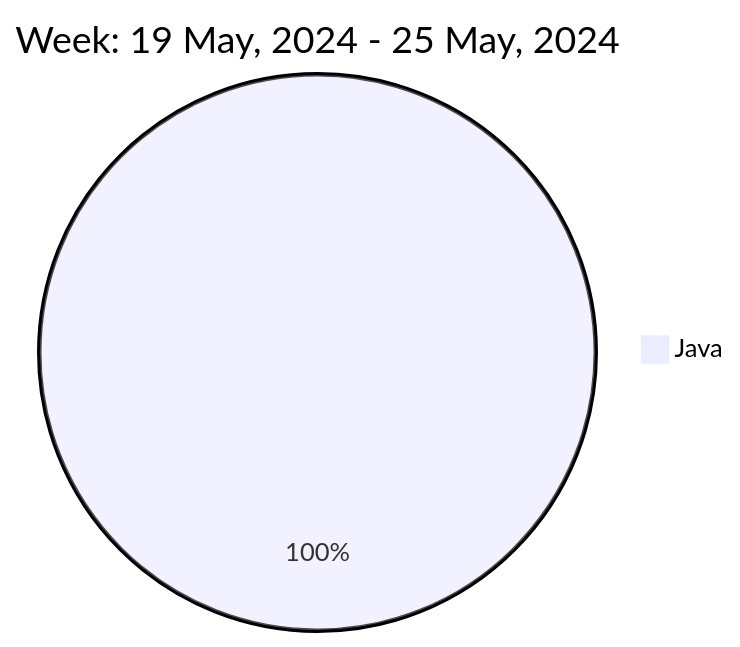
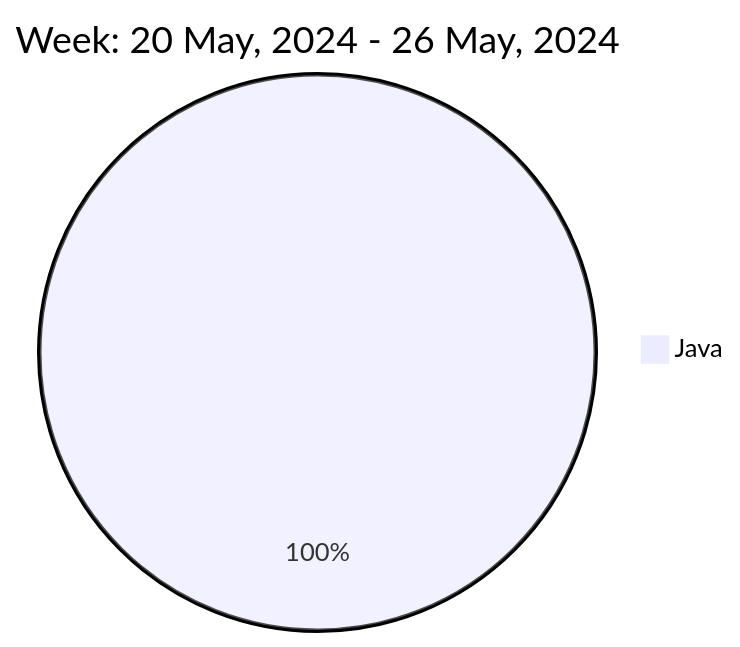
One commit to liubin95/liubin95 changed the diagram in README.md. Above: the diagram before and after it, drawn with Mermaid.

Commit message:
Updated the Graph with new Metrics

````diff
--- a/README.md
+++ b/README.md
@@ -37,5 +37,5 @@
 ```mermaid
  pie
-title Week: 19 May, 2024 - 25 May, 2024
+title Week: 20 May, 2024 - 26 May, 2024
  "Java" : 2.07
 ```
````
